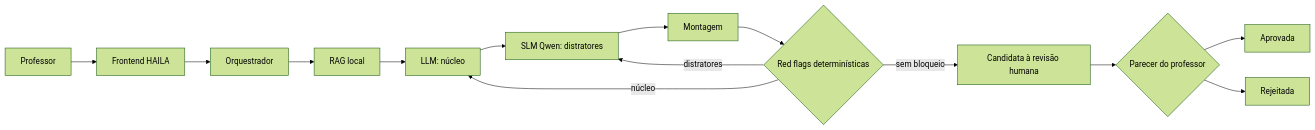
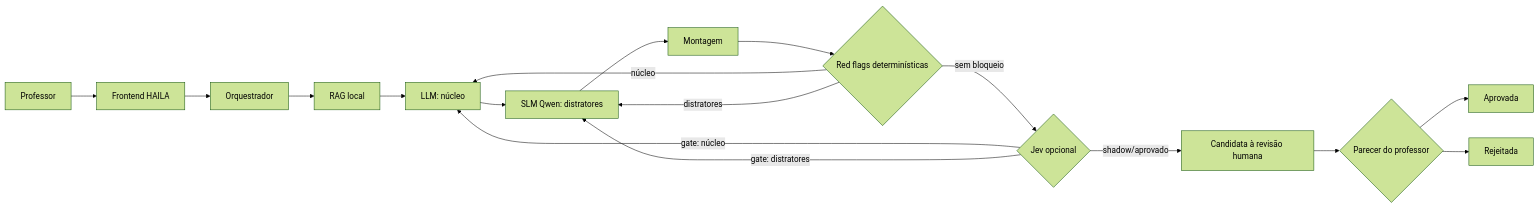
Before and after one commit to camillabdt/HAILACBQs: the diagram in README.md, drawn with Mermaid (forest theme). The commit also changed other lines of this file and 196 other files, not shown here.

````diff
--- a/README.md
+++ b/README.md
@@ -7,16 +7,19 @@
 ```mermaid
 flowchart LR
     P[Professor] --> F[Frontend HAILA]
     F --> O[Orquestrador]
     O --> R[RAG local]
     R --> L[LLM: núcleo]
     L --> S[SLM Qwen: distratores]
     S --> M[Montagem]
     M --> D{Red flags determinísticas}
-    D -->|sem bloqueio| C[Candidata à revisão humana]
+    D -->|sem bloqueio| J{Jev opcional}
     D -->|núcleo| L
     D -->|distratores| S
+    J -->|shadow/aprovado| C[Candidata à revisão humana]
+    J -->|gate: núcleo| L
+    J -->|gate: distratores| S
     C --> H{Parecer do professor}
     H --> A[Aprovada]
     H --> X[Rejeitada]
 ```
````
